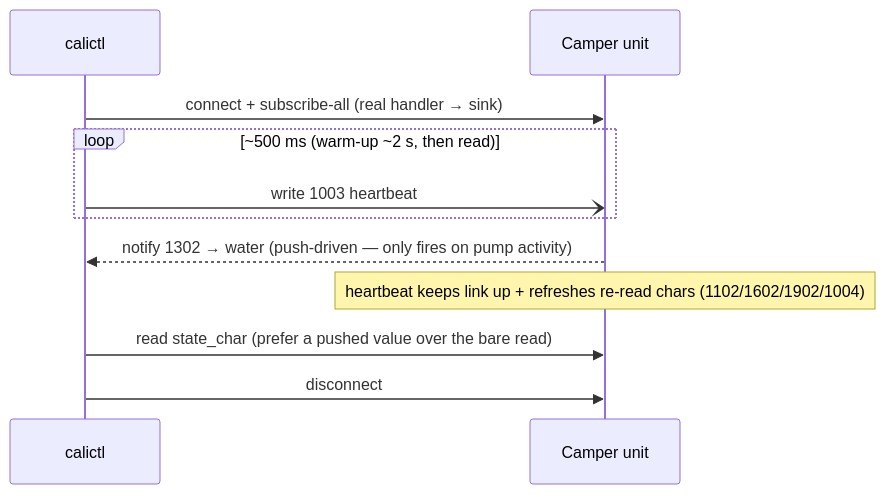
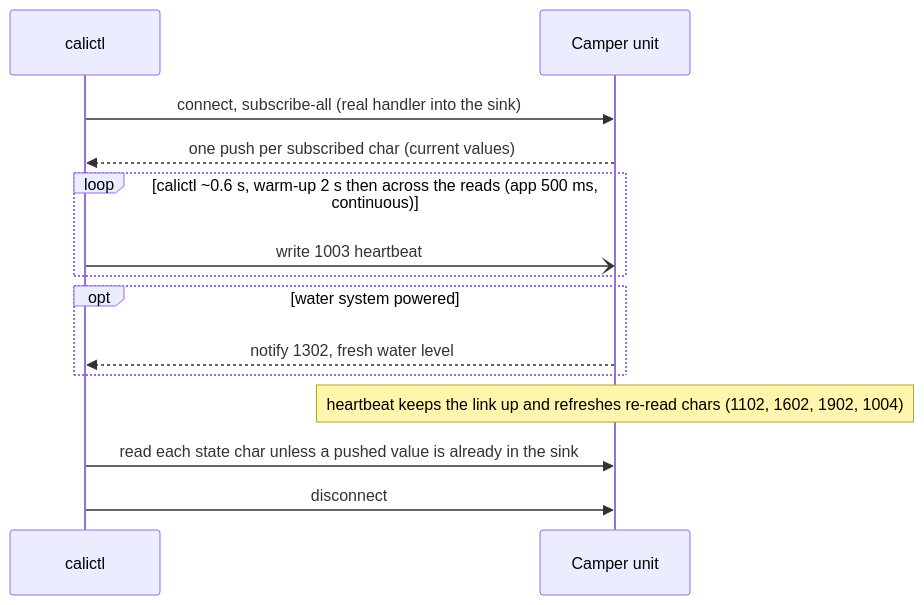
Before and after one commit to ckeller42/open-california: the ninth of 10 diagrams in docs/protocol-sequences.rst, drawn with Mermaid. The commit also changed other lines of this file and 35 other files, not shown here.

First line of the commit message:
docs: fix stale docs; single-source protocol sequences, drop LikeC4; simulation & CI docs (#202)

```diff
--- a/docs/protocol-sequences.rst
+++ b/docs/protocol-sequences.rst
@@ -309,13 +671,16 @@
 .. mermaid::
 
     sequenceDiagram
         participant C as calictl
         participant U as Camper unit
-        C->>U: connect + subscribe-all (real handler → sink)
-        loop ~500 ms (warm-up ~2 s, then read)
+        C->>U: connect, subscribe-all (real handler into the sink)
+        U-->>C: one push per subscribed char (current values)
+        loop calictl ~0.6 s, warm-up 2 s then across the reads (app 500 ms, continuous)
             C-)U: write 1003 heartbeat
         end
-        U-->>C: notify 1302 → water (push-driven — only fires on pump activity)
-        Note over U: heartbeat keeps link up + refreshes re-read chars (1102/1602/1902/1004)
-        C->>U: read state_char (prefer a pushed value over the bare read)
+        opt water system powered
+            U-->>C: notify 1302, fresh water level
+        end
+        Note over U: heartbeat keeps the link up and refreshes re-read chars (1102, 1602, 1902, 1004)
+        C->>U: read each state char unless a pushed value is already in the sink
         C->>U: disconnect
```
